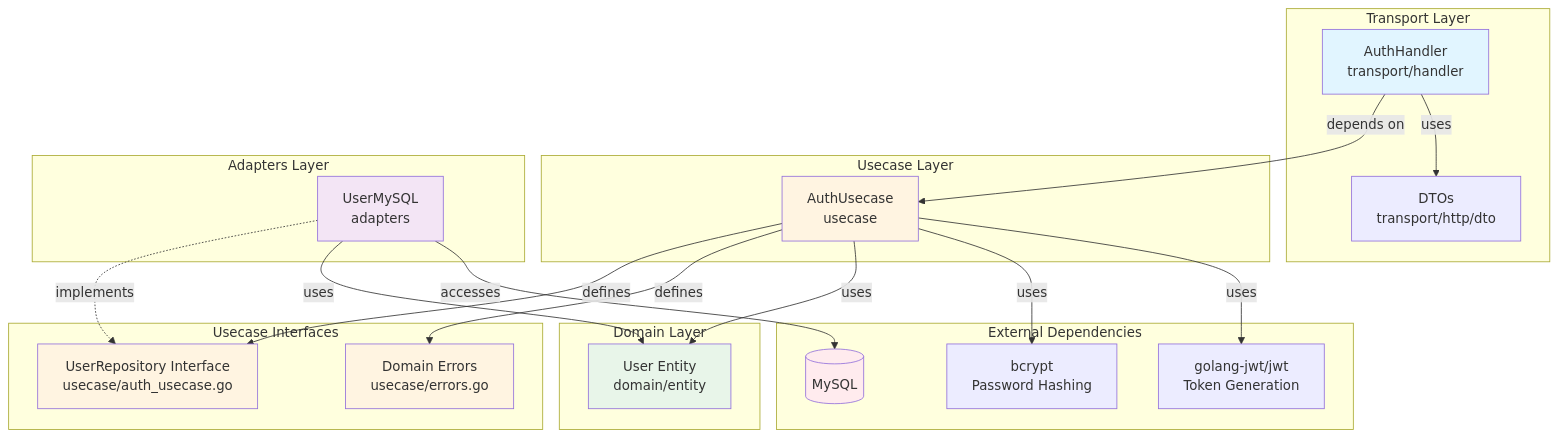
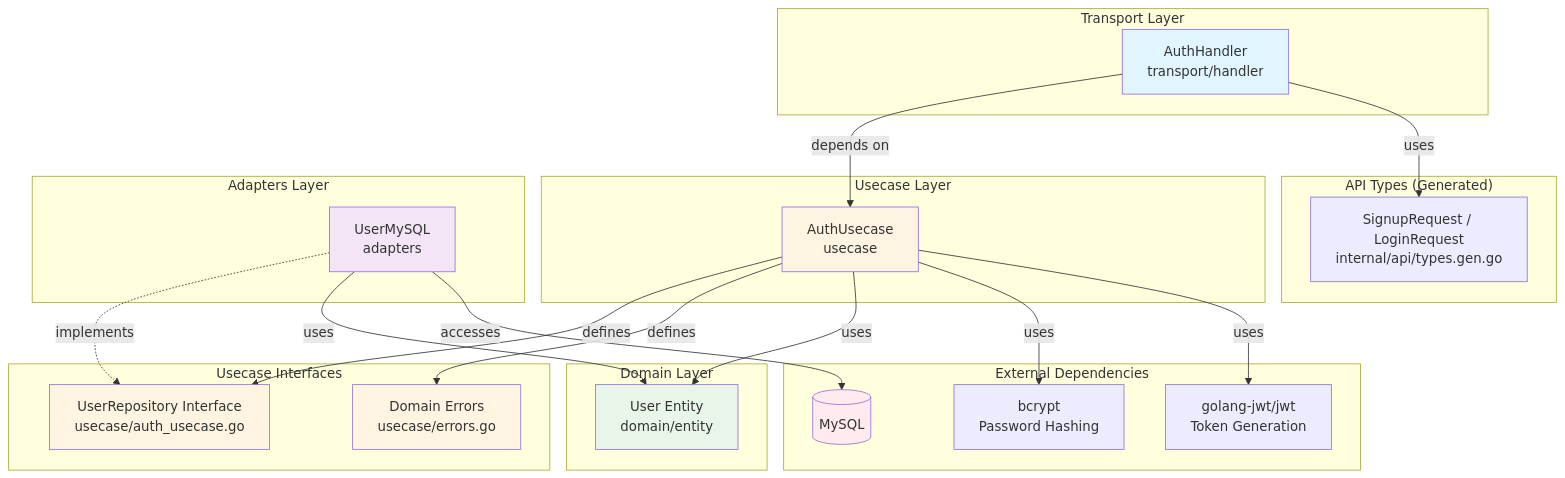
Before and after one commit to UCHIDAnobuhiro/stock_backend: the third of 3 diagrams in internal/feature/auth/README.md, drawn with Mermaid. The commit also changed other lines of this file and 6 other files, not shown here.

````diff
--- a/internal/feature/auth/README.md
+++ b/internal/feature/auth/README.md
@@ -182,49 +182,52 @@
 ```mermaid
 graph TB
     subgraph "Transport Layer"
         Handler[AuthHandler<br/>transport/handler]
-        DTO[DTOs<br/>transport/http/dto]
+    end
+
+    subgraph "API Types (Generated)"
+        APITypes[SignupRequest / LoginRequest<br/>internal/api/types.gen.go]
     end
 
     subgraph "Usecase Layer"
         Usecase[AuthUsecase<br/>usecase]
     end
 
     subgraph "Domain Layer"
         Entity[User Entity<br/>domain/entity]
     end
 
     subgraph "Usecase Interfaces"
         RepoInterface[UserRepository Interface<br/>usecase/auth_usecase.go]
         Errors[Domain Errors<br/>usecase/errors.go]
     end
 
     subgraph "Adapters Layer"
         RepoImpl[UserMySQL<br/>adapters]
     end
 
     subgraph "External Dependencies"
         DB[(MySQL)]
         BCrypt[bcrypt<br/>Password Hashing]
         JWT[golang-jwt/jwt<br/>Token Generation]
     end
 
     Handler -->|depends on| Usecase
-    Handler -->|uses| DTO
+    Handler -->|uses| APITypes
     Usecase -->|defines| RepoInterface
     Usecase -->|defines| Errors
     Usecase -->|uses| Entity
     Usecase -->|uses| BCrypt
     Usecase -->|uses| JWT
     RepoImpl -.->|implements| RepoInterface
     RepoImpl -->|uses| Entity
     RepoImpl -->|accesses| DB
 
     style Handler fill:#e1f5ff
     style Usecase fill:#fff4e1
     style Entity fill:#e8f5e9
     style RepoInterface fill:#fff4e1
     style Errors fill:#fff4e1
     style RepoImpl fill:#f3e5f5
     style DB fill:#ffebee
 ```
````
